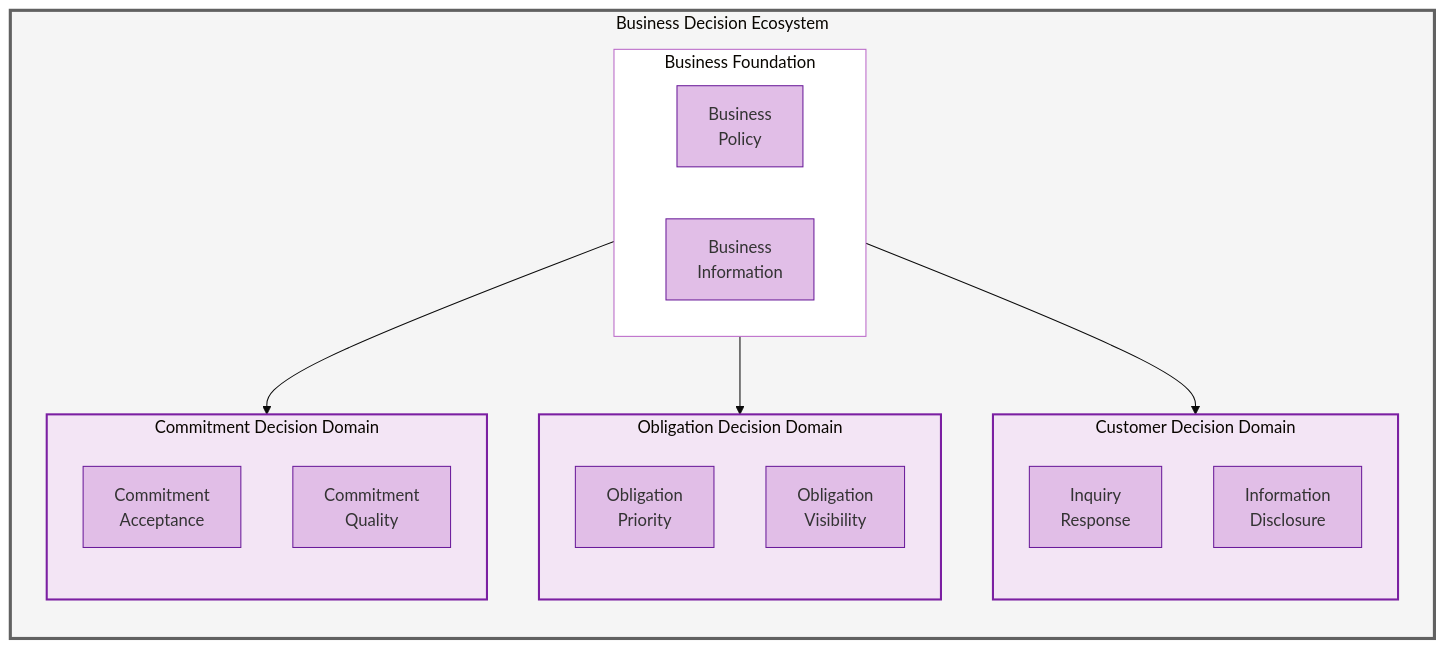
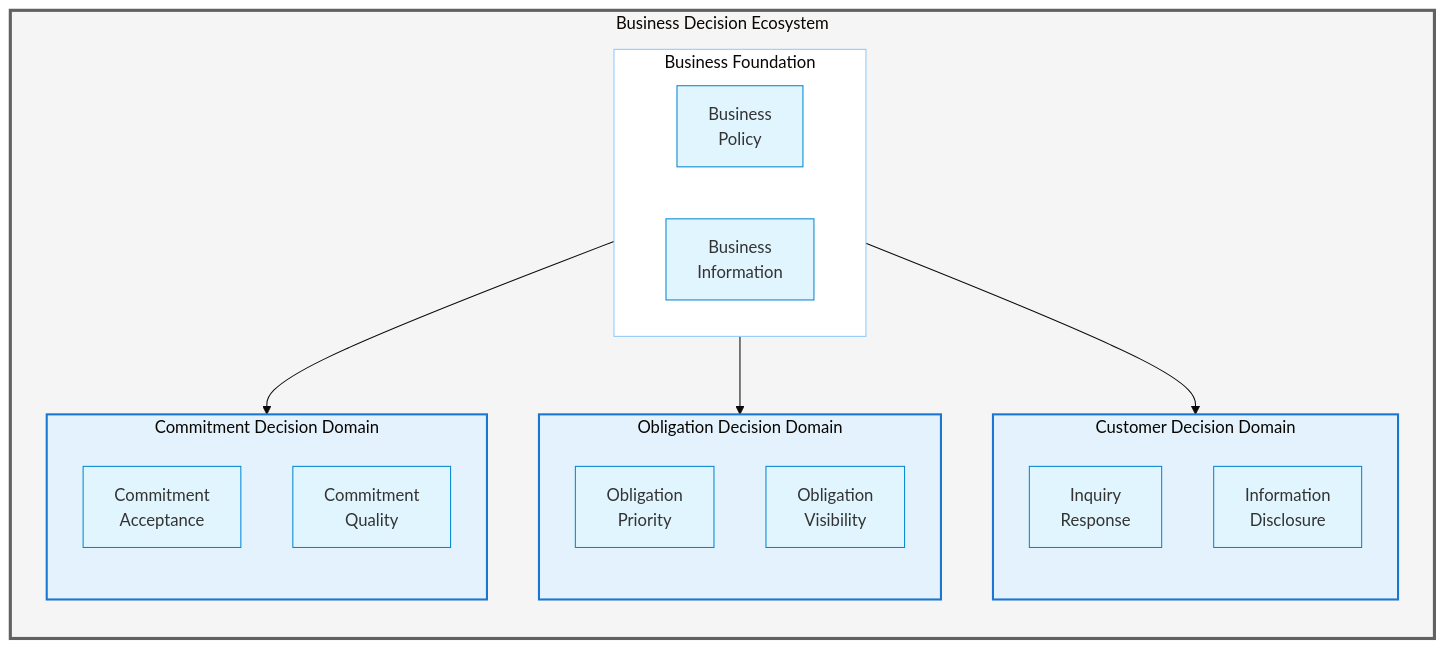
Before and after one commit to Evilazaro/Azure-LogicApps-Monitoring: the fifth of 7 diagrams in docs/architecture/01-business-architecture.md, drawn with Mermaid (base theme). The commit also changed other lines of this file, not shown here.

Commit message:
Refactor Business Architecture document: standardize color coding across diagrams for visual consistency

````diff
--- a/docs/architecture/01-business-architecture.md
+++ b/docs/architecture/01-business-architecture.md
@@ -639,44 +639,44 @@
 ```mermaid
 flowchart TB
     subgraph Decision_Ecosystem["Business Decision Ecosystem"]
         direction TB
 
         subgraph Commitment_Context["Commitment Decision Domain"]
             direction TB
             CD1["Commitment<br/>Acceptance"]
             CD2["Commitment<br/>Quality"]
         end
 
         subgraph Obligation_Context["Obligation Decision Domain"]
             direction TB
             OD1["Obligation<br/>Priority"]
             OD2["Obligation<br/>Visibility"]
         end
 
         subgraph Customer_Context["Customer Decision Domain"]
             direction TB
             CUD1["Inquiry<br/>Response"]
             CUD2["Information<br/>Disclosure"]
         end
 
         subgraph Business_Foundation["Business Foundation"]
             direction LR
             BF1["Business<br/>Policy"]
             BF2["Business<br/>Information"]
         end
 
         Business_Foundation --> Commitment_Context
         Business_Foundation --> Obligation_Context
         Business_Foundation --> Customer_Context
     end
 
     classDef level1 fill:#f5f5f5,stroke:#616161,stroke-width:3px
-    classDef level2 fill:#f3e5f5,stroke:#7b1fa2,stroke-width:2px
-    classDef level3 fill:#ffffff,stroke:#ba68c8,stroke-width:1px
-    classDef level4 fill:#e1bee7,stroke:#6a1b9a,stroke-width:1px
+    classDef level2 fill:#e3f2fd,stroke:#1976d2,stroke-width:2px
+    classDef level3 fill:#ffffff,stroke:#90caf9,stroke-width:1px
+    classDef level4 fill:#e1f5fe,stroke:#0288d1,stroke-width:1px
 
     class Decision_Ecosystem level1
     class Commitment_Context,Obligation_Context,Customer_Context level2
     class Business_Foundation level3
     class CD1,CD2,OD1,OD2,CUD1,CUD2,BF1,BF2 level4
 ```
````
